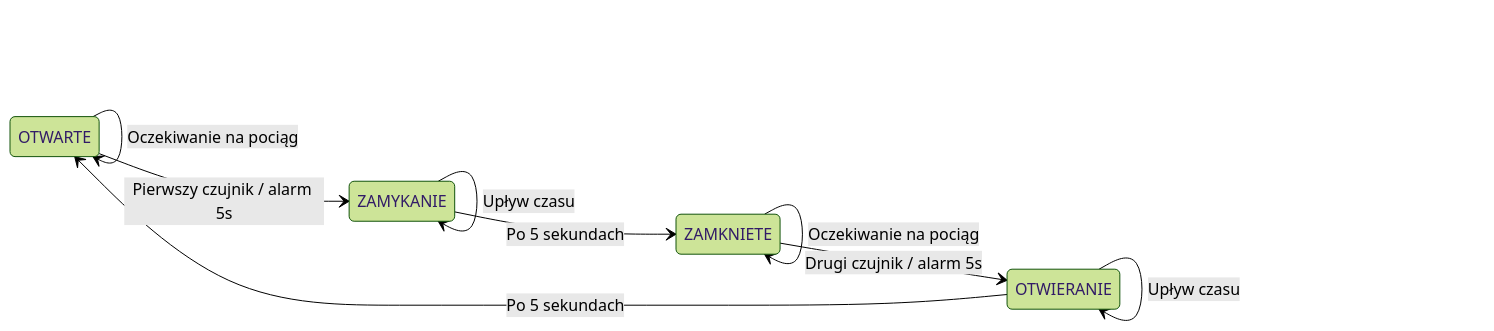
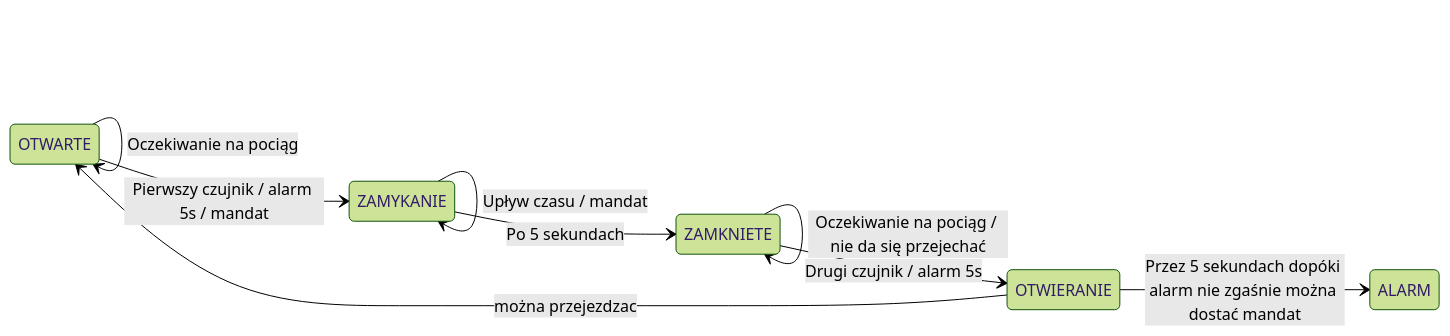
One commit to Jacob741831/Szlabany changed the first of 2 diagrams in README.md. Above: the diagram before and after it, drawn with Mermaid (forest theme).

````diff
--- a/README.md
+++ b/README.md
@@ -214,16 +214,16 @@
 ```mermaid
 stateDiagram-v2
     direction LR
 
     OTWARTE --> OTWARTE: Oczekiwanie na pociąg
-    OTWARTE --> ZAMYKANIE: Pierwszy czujnik / alarm 5s
+    OTWARTE --> ZAMYKANIE: Pierwszy czujnik / alarm 5s / mandat
 
-    ZAMYKANIE --> ZAMYKANIE: Upływ czasu
+    ZAMYKANIE --> ZAMYKANIE: Upływ czasu / mandat
     ZAMYKANIE --> ZAMKNIETE: Po 5 sekundach
 
-    ZAMKNIETE --> ZAMKNIETE: Oczekiwanie na pociąg
+    ZAMKNIETE --> ZAMKNIETE: Oczekiwanie na pociąg / nie da się przejechać
     ZAMKNIETE --> OTWIERANIE: Drugi czujnik / alarm 5s
 
-    OTWIERANIE --> OTWIERANIE: Upływ czasu
-    OTWIERANIE --> OTWARTE: Po 5 sekundach
+    OTWIERANIE --> OTWARTE: można przejezdzac
+    OTWIERANIE --> ALARM: Przez 5 sekundach dopóki alarm nie zgaśnie można dostać mandat
 ```
````
